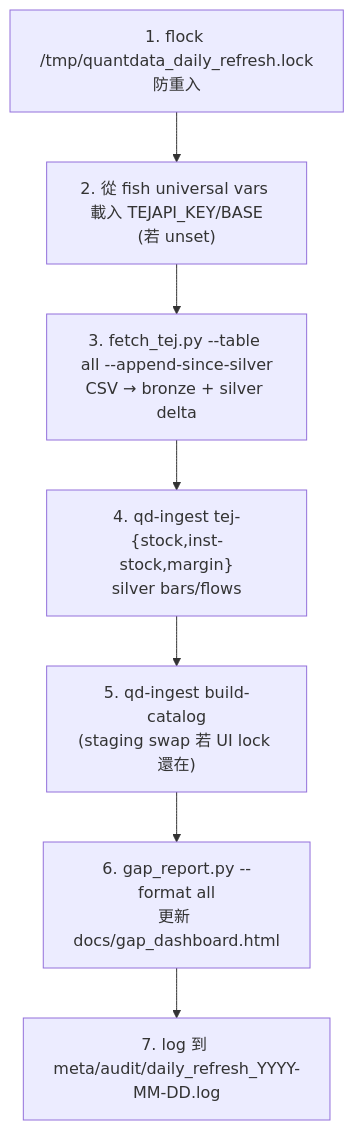
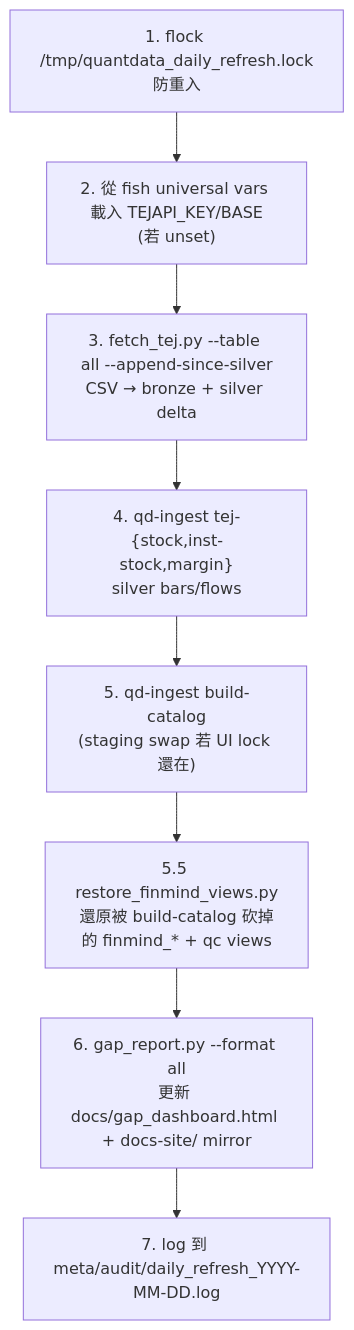
One commit to gsinvest017-ai/gs-scraper changed the diagram in docs-site/ops/daily-refresh.md. Above: the diagram before and after it, drawn with Mermaid. The commit also changed other lines of this file and 5 other files, not shown here.

````diff
--- a/docs-site/ops/daily-refresh.md
+++ b/docs-site/ops/daily-refresh.md
@@ -15,12 +15,13 @@
 ```mermaid
 flowchart TB
     L1["1. flock /tmp/quantdata_daily_refresh.lock<br/>防重入"]
     L2["2. 從 fish universal vars 載入 TEJAPI_KEY/BASE<br/>(若 unset)"]
     L3["3. fetch_tej.py --table all --append-since-silver<br/>CSV → bronze + silver delta"]
     L4["4. qd-ingest tej-{stock,inst-stock,margin}<br/>silver bars/flows"]
     L5["5. qd-ingest build-catalog<br/>(staging swap 若 UI lock 還在)"]
-    L6["6. gap_report.py --format all<br/>更新 docs/gap_dashboard.html"]
+    L55["5.5 restore_finmind_views.py<br/>還原被 build-catalog 砍掉的 finmind_* + qc views"]
+    L6["6. gap_report.py --format all<br/>更新 docs/gap_dashboard.html + docs-site/ mirror"]
     L7["7. log 到 meta/audit/daily_refresh_YYYY-MM-DD.log"]
 
-    L1 --> L2 --> L3 --> L4 --> L5 --> L6 --> L7
+    L1 --> L2 --> L3 --> L4 --> L5 --> L55 --> L6 --> L7
 ```
````
